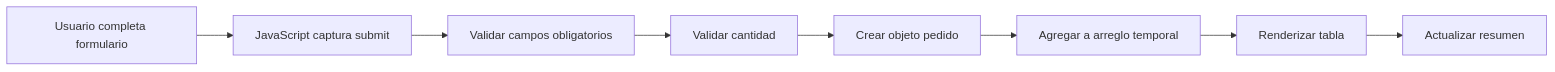
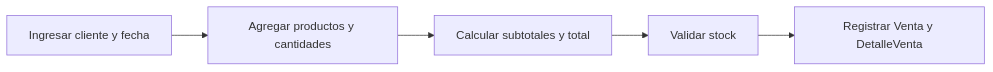
The second of 2 diagrams in docs/proyecto-integrador/u1/prototipos-u1.md (262ciclo3/bomstart), drawn with Mermaid before and after one commit. The commit also changed other lines of this file and 23 other files, not shown here.

````diff
--- a/docs/proyecto-integrador/u1/prototipos-u1.md
+++ b/docs/proyecto-integrador/u1/prototipos-u1.md
@@ -44,10 +35,7 @@
 ```mermaid
 flowchart LR
-    A[Usuario completa formulario] --> B[JavaScript captura submit]
-    B --> C[Validar campos obligatorios]
-    C --> D[Validar cantidad]
-    D --> E[Crear objeto pedido]
-    E --> F[Agregar a arreglo temporal]
-    F --> G[Renderizar tabla]
-    G --> H[Actualizar resumen]
+    A[Ingresar cliente y fecha] --> B[Agregar productos y cantidades]
+    B --> C[Calcular subtotales y total]
+    C --> D[Validar stock]
+    D --> E[Registrar Venta y DetalleVenta]
 ```
````
